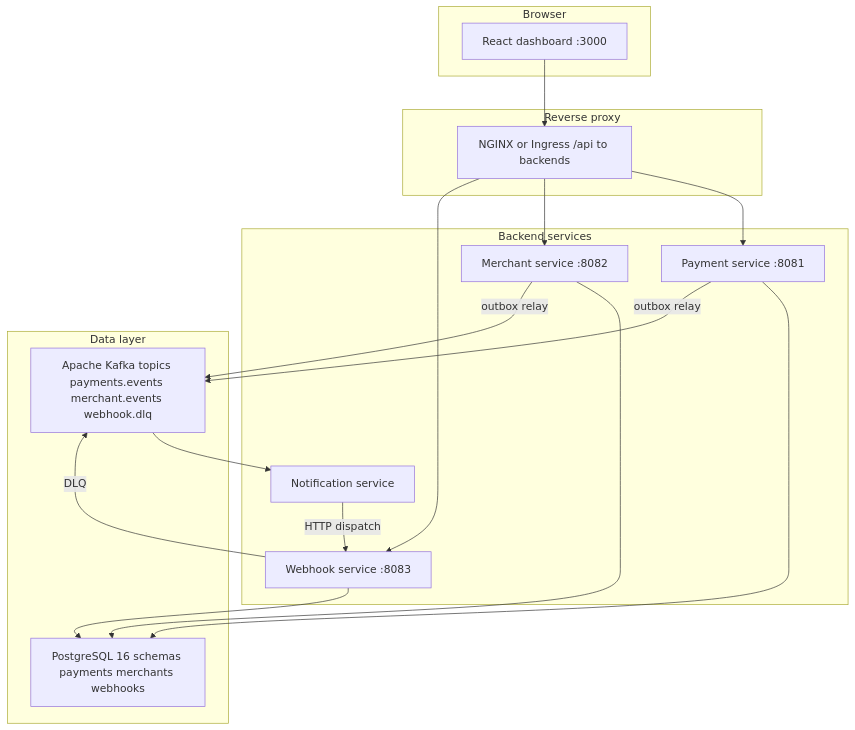
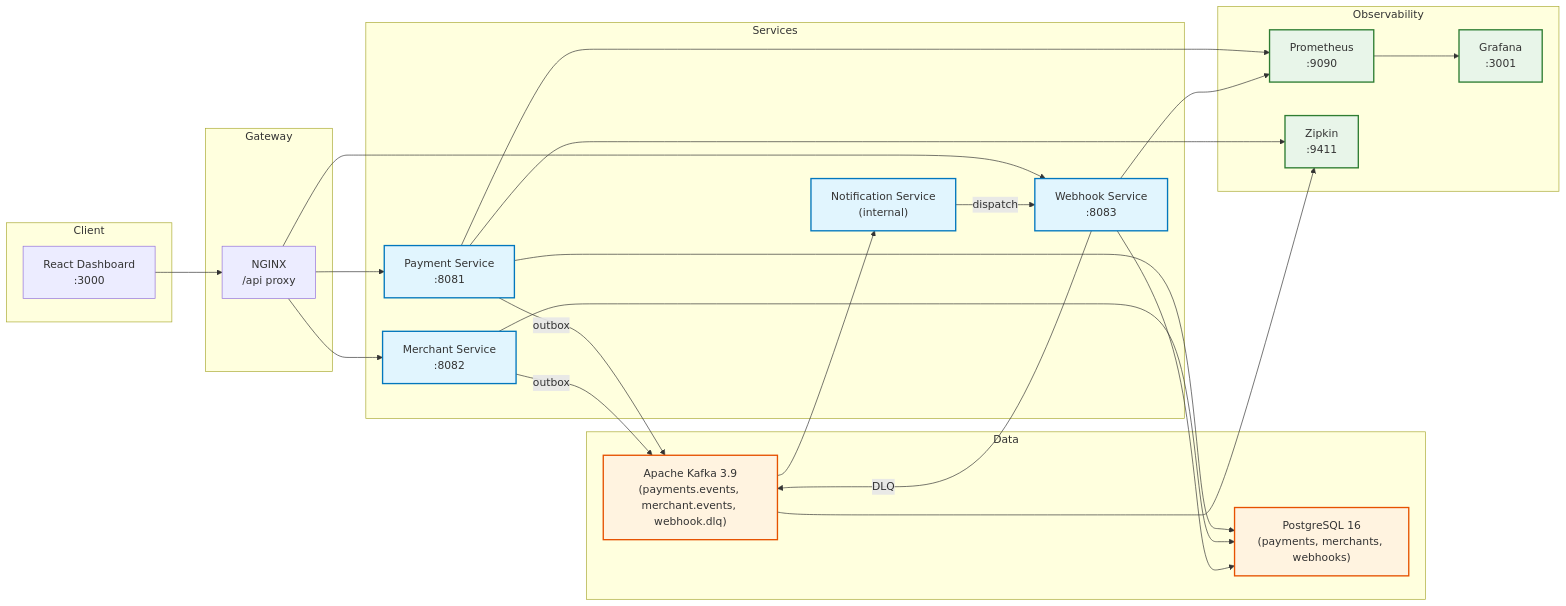
Before and after one commit to oelt16/PayFlow: the diagram in README.md, drawn with Mermaid. The commit also changed other lines of this file and 21 other files, not shown here.

````diff
--- a/README.md
+++ b/README.md
@@ -9,35 +36,53 @@
 ```mermaid
-graph TB
-  subgraph client [Browser]
-    Dashboard["React dashboard :3000"]
-  end
+flowchart LR
+    subgraph Client
+        FE["React Dashboard\n:3000"]
+    end
 
-  subgraph proxy [Reverse proxy]
-    Ingress["NGINX or Ingress /api to backends"]
-  end
+    subgraph Gateway
+        NGINX["NGINX\n/api proxy"]
+    end
 
-  subgraph services [Backend services]
-    PaymentSvc["Payment service :8081"]
-    MerchantSvc["Merchant service :8082"]
-    WebhookSvc["Webhook service :8083"]
-    NotificationSvc["Notification service"]
-  end
+    subgraph Services
+        PS["Payment Service\n:8081"]
+        MS["Merchant Service\n:8082"]
+        WS["Webhook Service\n:8083"]
+        NS["Notification Service\n(internal)"]
+    end
 
-  subgraph data [Data layer]
-    Postgres["PostgreSQL 16 schemas payments merchants webhooks"]
-    Kafka["Apache Kafka topics payments.events merchant.events webhook.dlq"]
-  end
+    subgraph Data
+        PG["PostgreSQL 16\n(payments, merchants, webhooks)"]
+        KA["Apache Kafka 3.9\n(payments.events, merchant.events, webhook.dlq)"]
+    end
 
-  Dashboard --> Ingress
-  Ingress --> PaymentSvc
-  Ingress --> MerchantSvc
-  Ingress --> WebhookSvc
-  PaymentSvc --> Postgres
-  MerchantSvc --> Postgres
-  WebhookSvc --> Postgres
-  PaymentSvc -->|"outbox relay"| Kafka
-  MerchantSvc -->|"outbox relay"| Kafka
-  Kafka --> NotificationSvc
-  NotificationSvc -->|"HTTP dispatch"| WebhookSvc
-  WebhookSvc -->|"DLQ"| Kafka
+    subgraph Observability
+        PR["Prometheus\n:9090"]
+        GR["Grafana\n:3001"]
+        ZK["Zipkin\n:9411"]
+    end
+
+    FE --> NGINX
+    NGINX --> PS
+    NGINX --> MS
+    NGINX --> WS
+    PS --> PG
+    MS --> PG
+    WS --> PG
+    PS -->|"outbox"| KA
+    MS -->|"outbox"| KA
+    KA --> NS
+    NS -->|"dispatch"| WS
+    WS -->|"DLQ"| KA
+    PS --> PR
+    WS --> PR
+    PR --> GR
+    PS --> ZK
+    KA --> ZK
+
+    classDef service fill:#e1f5fe,stroke:#0277bd,stroke-width:2px
+    classDef data fill:#fff3e0,stroke:#e65100,stroke-width:2px
+    classDef obs fill:#e8f5e9,stroke:#2e7d32,stroke-width:2px
+    class PS,MS,WS,NS service
+    class PG,KA data
+    class PR,GR,ZK obs
 ```
````
